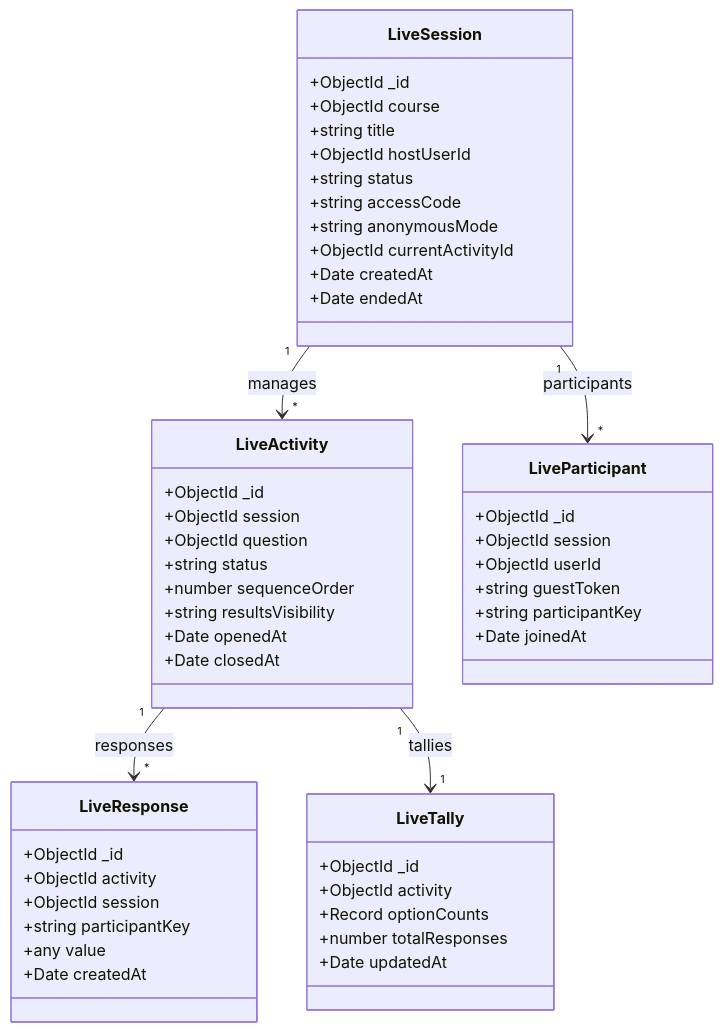
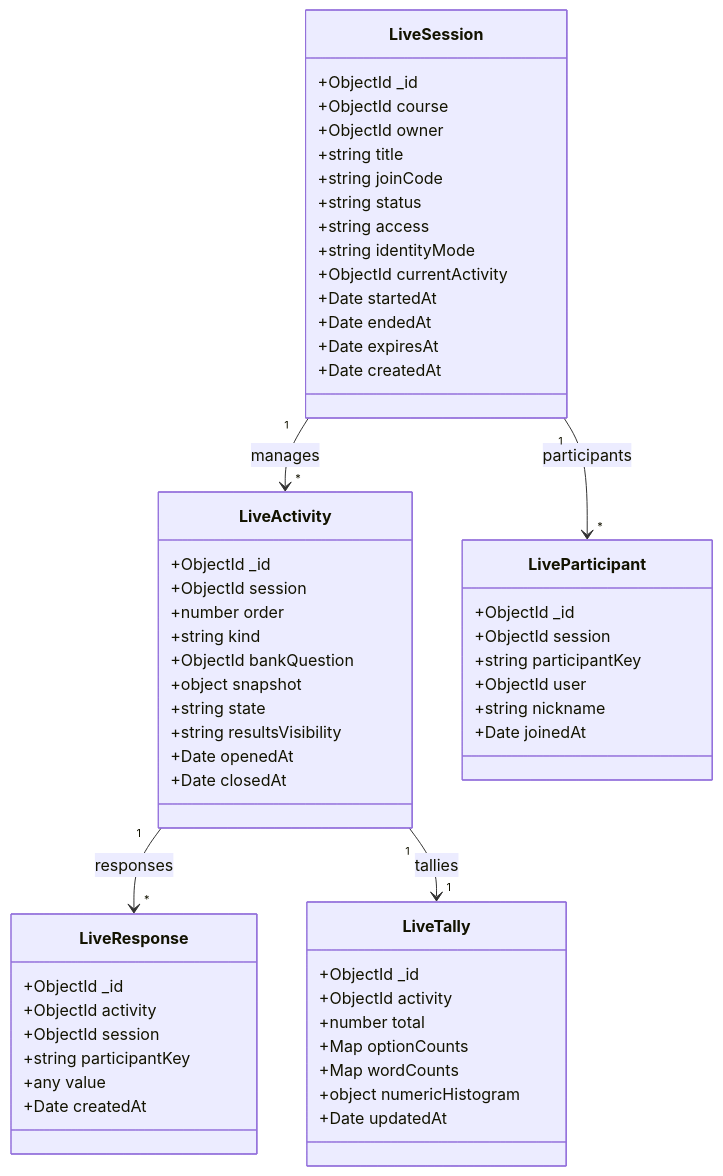
Before and after one commit to Aarathi1535/assignment_evaluation-IIIT-Hyd: the third of 9 diagrams in docs/learning-module.md, drawn with Mermaid. The commit also changed other lines of this file and 2 other files, not shown here.

````diff
--- a/docs/learning-module.md
+++ b/docs/learning-module.md
@@ -216,57 +251,64 @@
 ```mermaid
 classDiagram
     class LiveSession {
         +ObjectId _id
         +ObjectId course
+        +ObjectId owner
         +string title
-        +ObjectId hostUserId
+        +string joinCode
         +string status
-        +string accessCode
-        +string anonymousMode
-        +ObjectId currentActivityId
+        +string access
+        +string identityMode
+        +ObjectId currentActivity
+        +Date startedAt
+        +Date endedAt
+        +Date expiresAt
         +Date createdAt
-        +Date endedAt
     }
 
     class LiveActivity {
         +ObjectId _id
         +ObjectId session
-        +ObjectId question
-        +string status
-        +number sequenceOrder
+        +number order
+        +string kind
+        +ObjectId bankQuestion
+        +object snapshot
+        +string state
         +string resultsVisibility
         +Date openedAt
         +Date closedAt
     }
 
     class LiveParticipant {
         +ObjectId _id
         +ObjectId session
-        +ObjectId userId
-        +string guestToken
         +string participantKey
+        +ObjectId user
+        +string nickname
         +Date joinedAt
     }
 
     class LiveResponse {
         +ObjectId _id
         +ObjectId activity
         +ObjectId session
         +string participantKey
         +any value
         +Date createdAt
     }
 
     class LiveTally {
         +ObjectId _id
         +ObjectId activity
-        +Record optionCounts
-        +number totalResponses
+        +number total
+        +Map optionCounts
+        +Map wordCounts
+        +object numericHistogram
         +Date updatedAt
     }
 
     LiveSession "1" --> "*" LiveActivity : manages
     LiveSession "1" --> "*" LiveParticipant : participants
     LiveActivity "1" --> "*" LiveResponse : responses
     LiveActivity "1" --> "1" LiveTally : tallies
 ```
````
